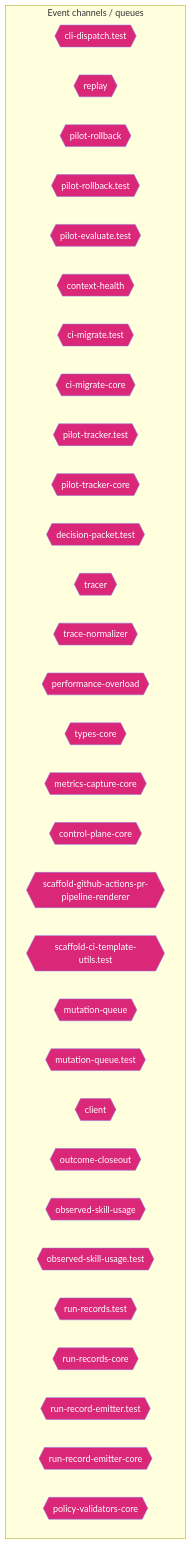
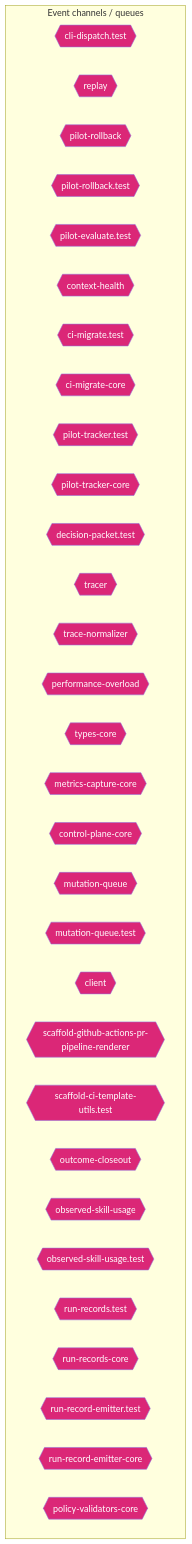
The ninth of 14 diagrams in AI/context/diagram-context.md (jscraik/coding-harness), drawn with Mermaid before and after one commit. The commit also changed other lines of this file and 27 other files, not shown here.

````diff
--- a/AI/context/diagram-context.md
+++ b/AI/context/diagram-context.md
@@ -1569,38 +1588,38 @@
 ```mermaid
 flowchart TD
   subgraph Channels["Event channels / queues"]
     cli_dispatch_test_54c9f17b{{"cli-dispatch.test"}}
     replay_ac203c98{{"replay"}}
     pilot_rollback_00c1f82c{{"pilot-rollback"}}
     pilot_rollback_test_e61d5a2b{{"pilot-rollback.test"}}
     pilot_evaluate_test_a2ac06fc{{"pilot-evaluate.test"}}
     context_health_80bb7da9{{"context-health"}}
     ci_migrate_test_2a015bb9{{"ci-migrate.test"}}
     ci_migrate_core_7005b5af{{"ci-migrate-core"}}
     pilot_tracker_test_80398a66{{"pilot-tracker.test"}}
     pilot_tracker_core_80d8ac96{{"pilot-tracker-core"}}
     decision_packet_test_9ea0e97b{{"decision-packet.test"}}
     tracer_1e6243a2{{"tracer"}}
     trace_normalizer_cb1be1d2{{"trace-normalizer"}}
     performance_overload_c685bfcf{{"performance-overload"}}
     types_core_e405ddca{{"types-core"}}
     metrics_capture_core_db4bf7cf{{"metrics-capture-core"}}
     control_plane_core_db3b4cb2{{"control-plane-core"}}
-    scaffold_github_actions_pr_pipeline_renderer_1ee18de5{{"scaffold-github-actions-pr-pipeline-renderer"}}
-    scaffold_ci_template_utils_test_b94825d9{{"scaffold-ci-template-utils.test"}}
     mutation_queue_ce5a530e{{"mutation-queue"}}
     mutation_queue_test_10b599e8{{"mutation-queue.test"}}
     client_1_914e1681{{"client"}}
+    scaffold_github_actions_pr_pipeline_renderer_1ee18de5{{"scaffold-github-actions-pr-pipeline-renderer"}}
+    scaffold_ci_template_utils_test_b94825d9{{"scaffold-ci-template-utils.test"}}
     outcome_closeout_ba497ec2{{"outcome-closeout"}}
     observed_skill_usage_ed7d5930{{"observed-skill-usage"}}
     observed_skill_usage_test_311c215a{{"observed-skill-usage.test"}}
     run_records_test_3ee6a0e3{{"run-records.test"}}
     run_records_core_89286dfa{{"run-records-core"}}
     run_record_emitter_test_5475c0da{{"run-record-emitter.test"}}
     run_record_emitter_core_688049d5{{"run-record-emitter-core"}}
     policy_validators_core_714a3fe7{{"policy-validators-core"}}
   end
   classDef eventNode fill:#db2777,color:#fff
-  class cli_dispatch_test_54c9f17b,replay_ac203c98,pilot_rollback_00c1f82c,pilot_rollback_test_e61d5a2b,pilot_evaluate_test_a2ac06fc,context_health_80bb7da9,ci_migrate_test_2a015bb9,ci_migrate_core_7005b5af,pilot_tracker_test_80398a66,pilot_tracker_core_80d8ac96,decision_packet_test_9ea0e97b,tracer_1e6243a2,trace_normalizer_cb1be1d2,performance_overload_c685bfcf,types_core_e405ddca,metrics_capture_core_db4bf7cf,control_plane_core_db3b4cb2,scaffold_github_actions_pr_pipeline_renderer_1ee18de5,scaffold_ci_template_utils_test_b94825d9,mutation_queue_ce5a530e,mutation_queue_test_10b599e8,client_1_914e1681,outcome_closeout_ba497ec2,observed_skill_usage_ed7d5930,observed_skill_usage_test_311c215a,run_records_test_3ee6a0e3,run_records_core_89286dfa,run_record_emitter_test_5475c0da,run_record_emitter_core_688049d5,policy_validators_core_714a3fe7 eventNode
+  class cli_dispatch_test_54c9f17b,replay_ac203c98,pilot_rollback_00c1f82c,pilot_rollback_test_e61d5a2b,pilot_evaluate_test_a2ac06fc,context_health_80bb7da9,ci_migrate_test_2a015bb9,ci_migrate_core_7005b5af,pilot_tracker_test_80398a66,pilot_tracker_core_80d8ac96,decision_packet_test_9ea0e97b,tracer_1e6243a2,trace_normalizer_cb1be1d2,performance_overload_c685bfcf,types_core_e405ddca,metrics_capture_core_db4bf7cf,control_plane_core_db3b4cb2,mutation_queue_ce5a530e,mutation_queue_test_10b599e8,client_1_914e1681,scaffold_github_actions_pr_pipeline_renderer_1ee18de5,scaffold_ci_template_utils_test_b94825d9,outcome_closeout_ba497ec2,observed_skill_usage_ed7d5930,observed_skill_usage_test_311c215a,run_records_test_3ee6a0e3,run_records_core_89286dfa,run_record_emitter_test_5475c0da,run_record_emitter_core_688049d5,policy_validators_core_714a3fe7 eventNode
 
 ```
````
